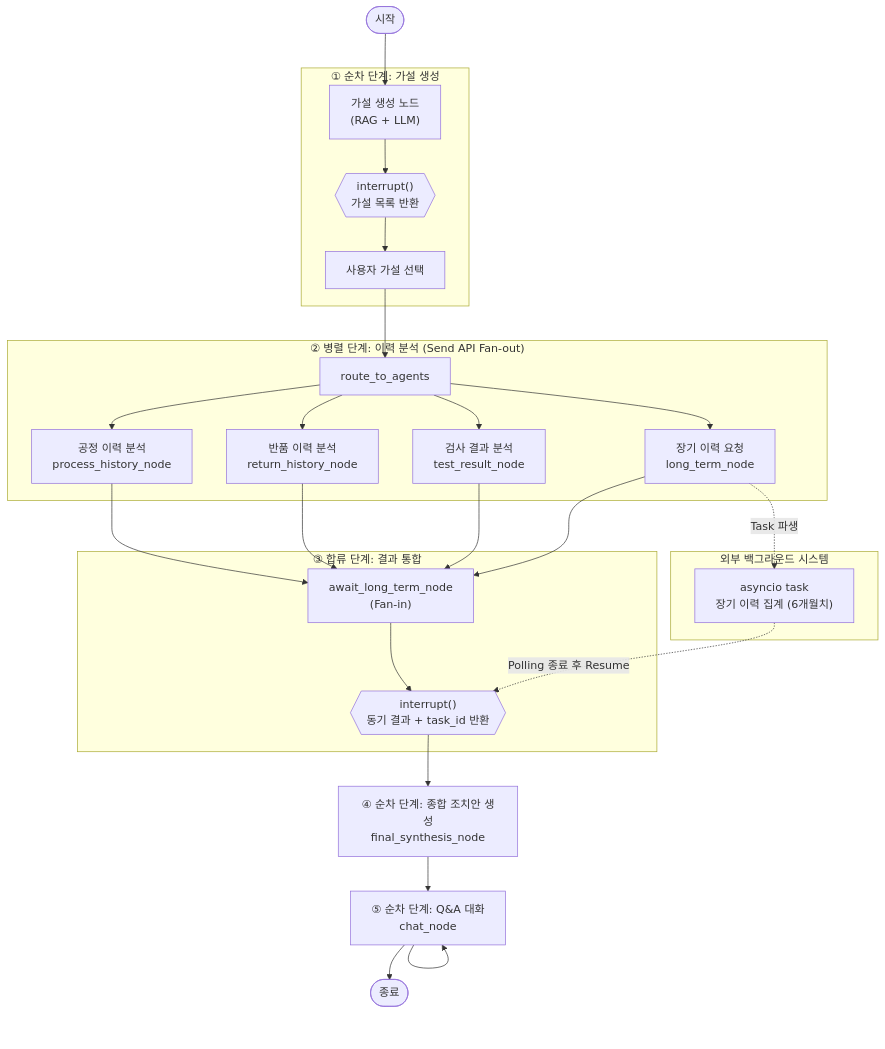
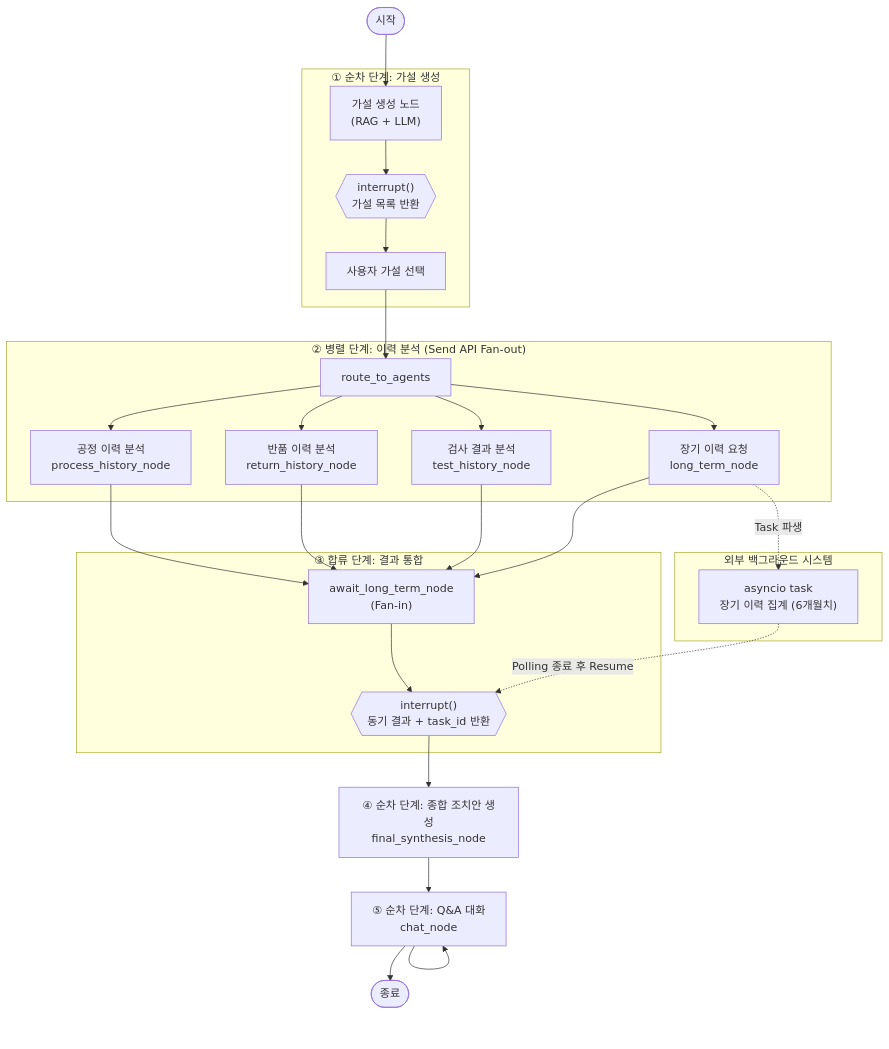
The sixth of 11 diagrams in 3_playground/display_defect_chatbot/docs/final_presentation.md (daehun1102/langchain_study), drawn with Mermaid before and after one commit. The commit also changed other lines of this file and 17 other files, not shown here.

First line of the commit message:
refactor: rename test_result → test_history across all layers

````diff
--- a/3_playground/display_defect_chatbot/docs/final_presentation.md
+++ b/3_playground/display_defect_chatbot/docs/final_presentation.md
@@ -106,42 +114,42 @@
 ```mermaid
 flowchart TD
     START([시작]) --> A
 
     subgraph SEQ1["① 순차 단계: 가설 생성"]
         A["가설 생성 노드<br>(RAG + LLM)"]
         A --> INT1{{"interrupt()<br>가설 목록 반환"}}
         INT1 --> A2["사용자 가설 선택"]
     end
 
     A2 --> B
 
     subgraph PAR["② 병렬 단계: 이력 분석 (Send API Fan-out)"]
         B["route_to_agents"]
         B --> C1["공정 이력 분석<br>process_history_node"]
         B --> C2["반품 이력 분석<br>return_history_node"]
-        B --> C3["검사 결과 분석<br>test_result_node"]
+        B --> C3["검사 결과 분석<br>test_history_node"]
         B --> C4["장기 이력 요청<br>long_term_node"]
     end
 
     subgraph EXT["외부 백그라운드 시스템"]
         BG["asyncio task<br>장기 이력 집계 (6개월치)"]
     end
 
     C4 -. "Task 파생" .-> BG
 
     subgraph JOIN["③ 합류 단계: 결과 통합"]
         C1 --> D["await_long_term_node<br>(Fan-in)"]
         C2 --> D
         C3 --> D
         C4 --> D
         D --> INT2{{"interrupt()<br>동기 결과 + task_id 반환"}}
     end
 
     BG -. "Polling 종료 후 Resume" .-> INT2
 
     INT2 --> F["④ 순차 단계: 종합 조치안 생성<br>final_synthesis_node"]
 
     F --> G["⑤ 순차 단계: Q&A 대화<br>chat_node"]
     G --> G
     G --> END([종료])
 ```
````
